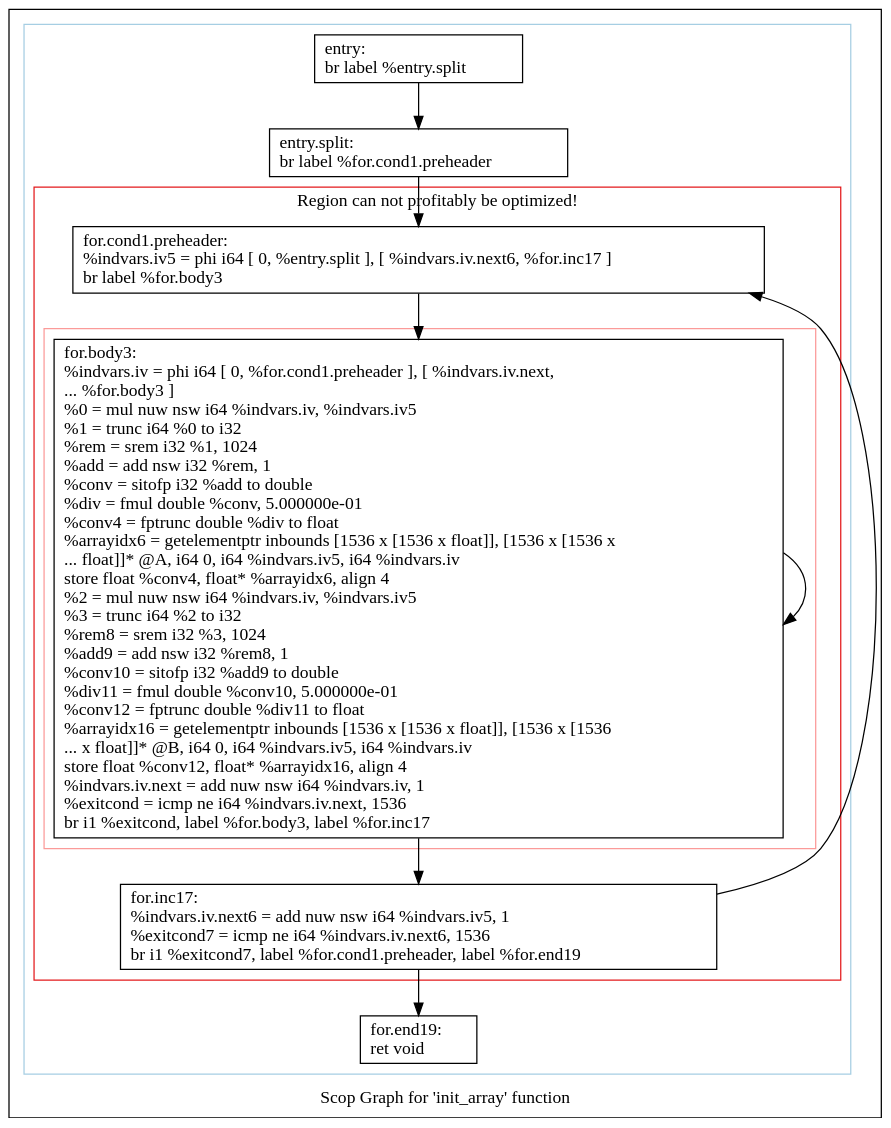
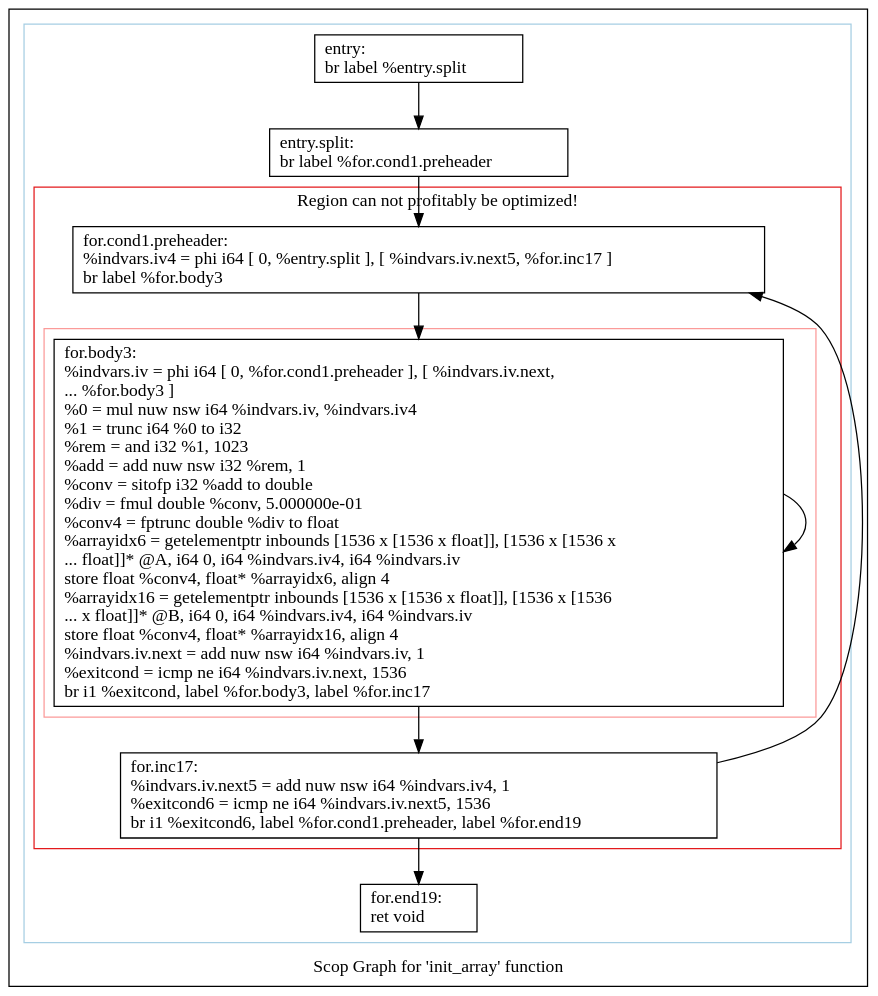
The diagram in polly/docs/experiments/matmul/scops.init_array.dot (intel/quantum-intrinsics), drawn with Graphviz before and after one commit. The commit also changed 37 other files, not shown here.

```diff
--- a/polly/docs/experiments/matmul/scops.init_array.dot
+++ b/polly/docs/experiments/matmul/scops.init_array.dot
@@ -1,39 +1,39 @@
 digraph "Scop Graph for 'init_array' function" {
 	label="Scop Graph for 'init_array' function";
 
-	Node0x5b5b5a0 [shape=record,label="{entry:\l  br label %entry.split\l}"];
-	Node0x5b5b5a0 -> Node0x5b5de30;
-	Node0x5b5de30 [shape=record,label="{entry.split:                                      \l  br label %for.cond1.preheader\l}"];
-	Node0x5b5de30 -> Node0x5b5de50;
-	Node0x5b5de50 [shape=record,label="{for.cond1.preheader:                              \l  %indvars.iv5 = phi i64 [ 0, %entry.split ], [ %indvars.iv.next6, %for.inc17 ]\l  br label %for.body3\l}"];
-	Node0x5b5de50 -> Node0x5b5b570;
-	Node0x5b5b570 [shape=record,label="{for.body3:                                        \l  %indvars.iv = phi i64 [ 0, %for.cond1.preheader ], [ %indvars.iv.next,\l... %for.body3 ]\l  %0 = mul nuw nsw i64 %indvars.iv, %indvars.iv5\l  %1 = trunc i64 %0 to i32\l  %rem = srem i32 %1, 1024\l  %add = add nsw i32 %rem, 1\l  %conv = sitofp i32 %add to double\l  %div = fmul double %conv, 5.000000e-01\l  %conv4 = fptrunc double %div to float\l  %arrayidx6 = getelementptr inbounds [1536 x [1536 x float]], [1536 x [1536 x\l... float]]* @A, i64 0, i64 %indvars.iv5, i64 %indvars.iv\l  store float %conv4, float* %arrayidx6, align 4\l  %2 = mul nuw nsw i64 %indvars.iv, %indvars.iv5\l  %3 = trunc i64 %2 to i32\l  %rem8 = srem i32 %3, 1024\l  %add9 = add nsw i32 %rem8, 1\l  %conv10 = sitofp i32 %add9 to double\l  %div11 = fmul double %conv10, 5.000000e-01\l  %conv12 = fptrunc double %div11 to float\l  %arrayidx16 = getelementptr inbounds [1536 x [1536 x float]], [1536 x [1536\l... x float]]* @B, i64 0, i64 %indvars.iv5, i64 %indvars.iv\l  store float %conv12, float* %arrayidx16, align 4\l  %indvars.iv.next = add nuw nsw i64 %indvars.iv, 1\l  %exitcond = icmp ne i64 %indvars.iv.next, 1536\l  br i1 %exitcond, label %for.body3, label %for.inc17\l}"];
-	Node0x5b5b570 -> Node0x5b5b570[constraint=false];
-	Node0x5b5b570 -> Node0x5b5df30;
-	Node0x5b5df30 [shape=record,label="{for.inc17:                                        \l  %indvars.iv.next6 = add nuw nsw i64 %indvars.iv5, 1\l  %exitcond7 = icmp ne i64 %indvars.iv.next6, 1536\l  br i1 %exitcond7, label %for.cond1.preheader, label %for.end19\l}"];
-	Node0x5b5df30 -> Node0x5b5de50[constraint=false];
-	Node0x5b5df30 -> Node0x5b5df90;
-	Node0x5b5df90 [shape=record,label="{for.end19:                                        \l  ret void\l}"];
+	Node0x7fffc6c46ea0 [shape=record,label="{entry:\l  br label %entry.split\l}"];
+	Node0x7fffc6c46ea0 -> Node0x7fffc6c46f20;
+	Node0x7fffc6c46f20 [shape=record,label="{entry.split:                                      \l  br label %for.cond1.preheader\l}"];
+	Node0x7fffc6c46f20 -> Node0x7fffc6c47000;
+	Node0x7fffc6c47000 [shape=record,label="{for.cond1.preheader:                              \l  %indvars.iv4 = phi i64 [ 0, %entry.split ], [ %indvars.iv.next5, %for.inc17 ]\l  br label %for.body3\l}"];
+	Node0x7fffc6c47000 -> Node0x7fffc6c47290;
+	Node0x7fffc6c47290 [shape=record,label="{for.body3:                                        \l  %indvars.iv = phi i64 [ 0, %for.cond1.preheader ], [ %indvars.iv.next,\l... %for.body3 ]\l  %0 = mul nuw nsw i64 %indvars.iv, %indvars.iv4\l  %1 = trunc i64 %0 to i32\l  %rem = and i32 %1, 1023\l  %add = add nuw nsw i32 %rem, 1\l  %conv = sitofp i32 %add to double\l  %div = fmul double %conv, 5.000000e-01\l  %conv4 = fptrunc double %div to float\l  %arrayidx6 = getelementptr inbounds [1536 x [1536 x float]], [1536 x [1536 x\l... float]]* @A, i64 0, i64 %indvars.iv4, i64 %indvars.iv\l  store float %conv4, float* %arrayidx6, align 4\l  %arrayidx16 = getelementptr inbounds [1536 x [1536 x float]], [1536 x [1536\l... x float]]* @B, i64 0, i64 %indvars.iv4, i64 %indvars.iv\l  store float %conv4, float* %arrayidx16, align 4\l  %indvars.iv.next = add nuw nsw i64 %indvars.iv, 1\l  %exitcond = icmp ne i64 %indvars.iv.next, 1536\l  br i1 %exitcond, label %for.body3, label %for.inc17\l}"];
+	Node0x7fffc6c47290 -> Node0x7fffc6c47290[constraint=false];
+	Node0x7fffc6c47290 -> Node0x7fffc6c47b10;
+	Node0x7fffc6c47b10 [shape=record,label="{for.inc17:                                        \l  %indvars.iv.next5 = add nuw nsw i64 %indvars.iv4, 1\l  %exitcond6 = icmp ne i64 %indvars.iv.next5, 1536\l  br i1 %exitcond6, label %for.cond1.preheader, label %for.end19\l}"];
+	Node0x7fffc6c47b10 -> Node0x7fffc6c47000[constraint=false];
+	Node0x7fffc6c47b10 -> Node0x7fffc6c48b10;
+	Node0x7fffc6c48b10 [shape=record,label="{for.end19:                                        \l  ret void\l}"];
 	colorscheme = "paired12"
-        subgraph cluster_0x5b4bdd0 {
+        subgraph cluster_0x7fffc6c32540 {
           label = "";
           style = solid;
           color = 1
-          subgraph cluster_0x5b4bf50 {
+          subgraph cluster_0x7fffc6c32f30 {
             label = "Region can not profitably be optimized!";
             style = solid;
             color = 6
-            subgraph cluster_0x5b4c0d0 {
+            subgraph cluster_0x7fffc6c32690 {
               label = "";
               style = solid;
               color = 5
-              Node0x5b5b570;
+              Node0x7fffc6c47290;
             }
-            Node0x5b5de50;
-            Node0x5b5df30;
+            Node0x7fffc6c47000;
+            Node0x7fffc6c47b10;
           }
-          Node0x5b5b5a0;
-          Node0x5b5de30;
-          Node0x5b5df90;
+          Node0x7fffc6c46ea0;
+          Node0x7fffc6c46f20;
+          Node0x7fffc6c48b10;
         }
 }
```
